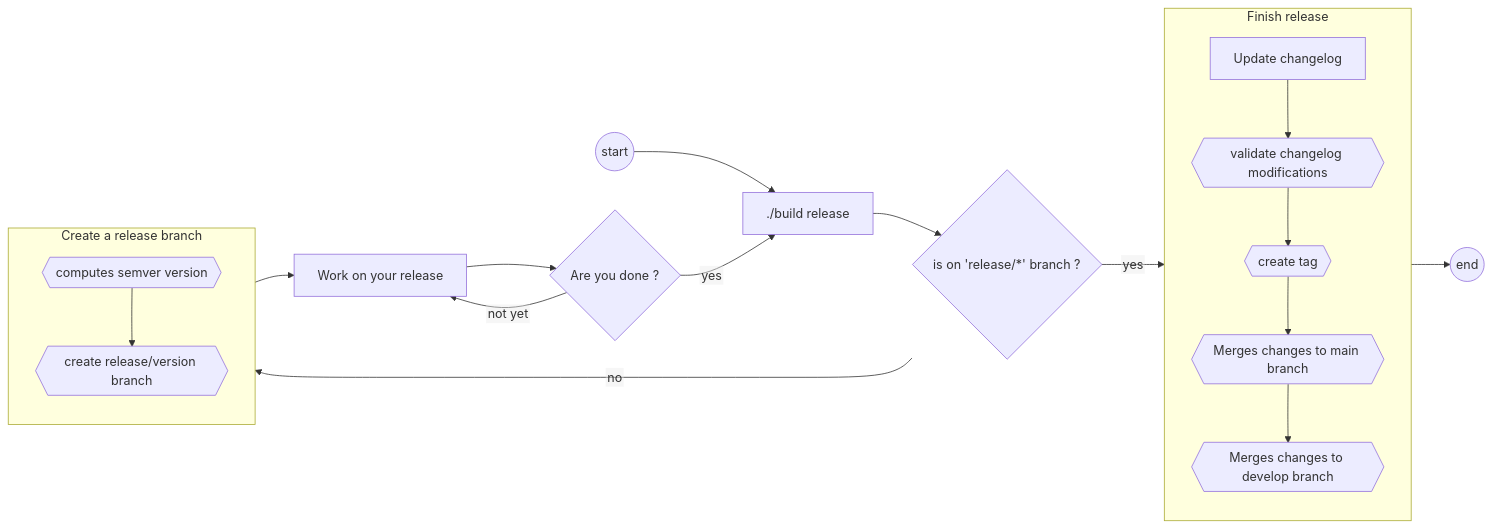
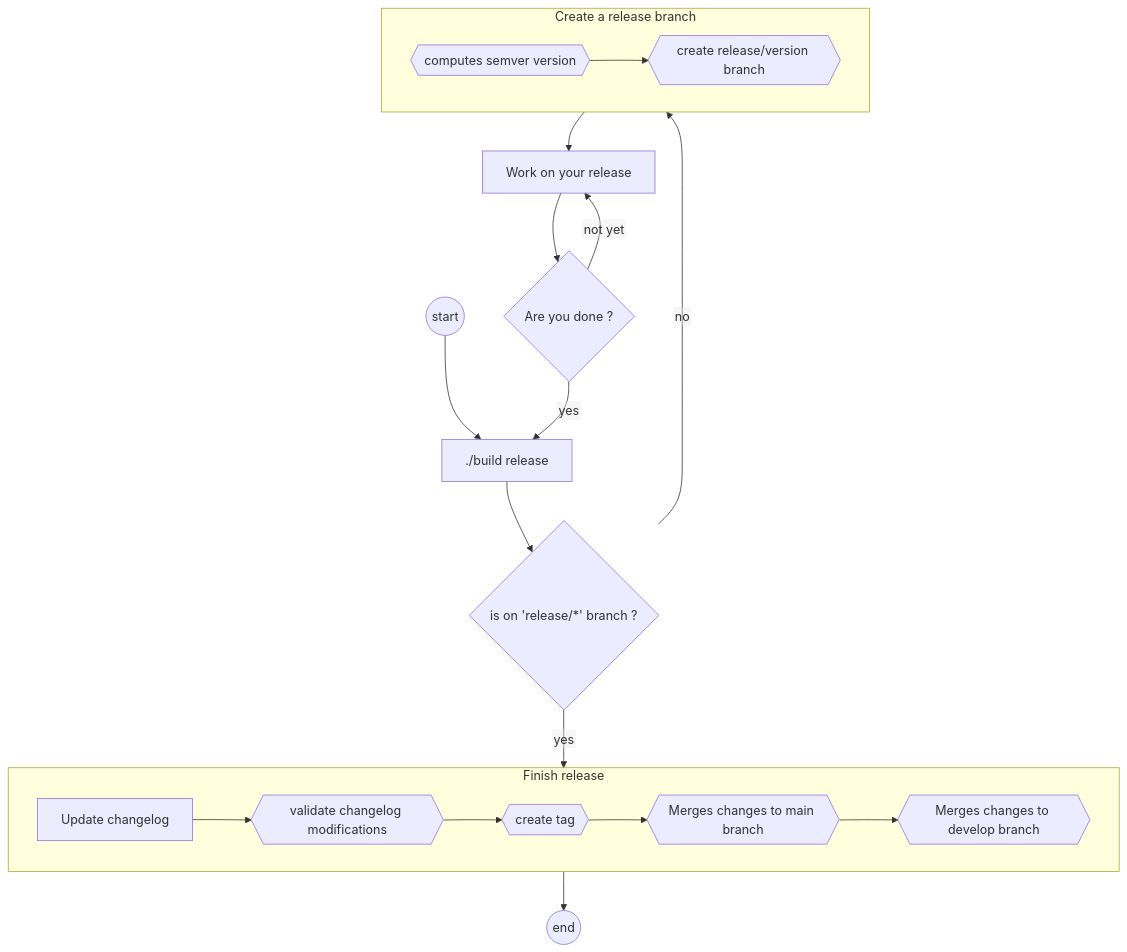
The second of 2 diagrams in README.md (candoumbe/Pipelines), drawn with Mermaid before and after one commit. The commit also changed other lines of this file and 4 other files, not shown here.

````diff
--- a/README.md
+++ b/README.md
@@ -181,24 +181,24 @@
 ```mermaid
 %%{init: {"flowchart": {"htmlLabels": false}} }%%
-flowchart LR
+flowchart
     A((start)) --> B["./build release"]
     B --> C{is on 'release/*' branch ?}
     C -- no --> create-branch
     subgraph create-branch[Create a release branch]
         G{{computes semver version}} --> H{{create release/version branch}}
     end
     create-branch --> D[Work on your release]
     C -- yes --> finish-release
     D --> E{Are you done ?}
     E --yes --> B
     E -- not yet --> D
 
     subgraph finish-release[Finish release]
       J[Update changelog] --> K{{validate changelog modifications}}
       K --> M{{create tag}}
       M --> N{{Merges changes to main branch}}
       N --> O{{Merges changes to develop branch}}
     end
 
     finish-release --> Z((end))
 ```
````
